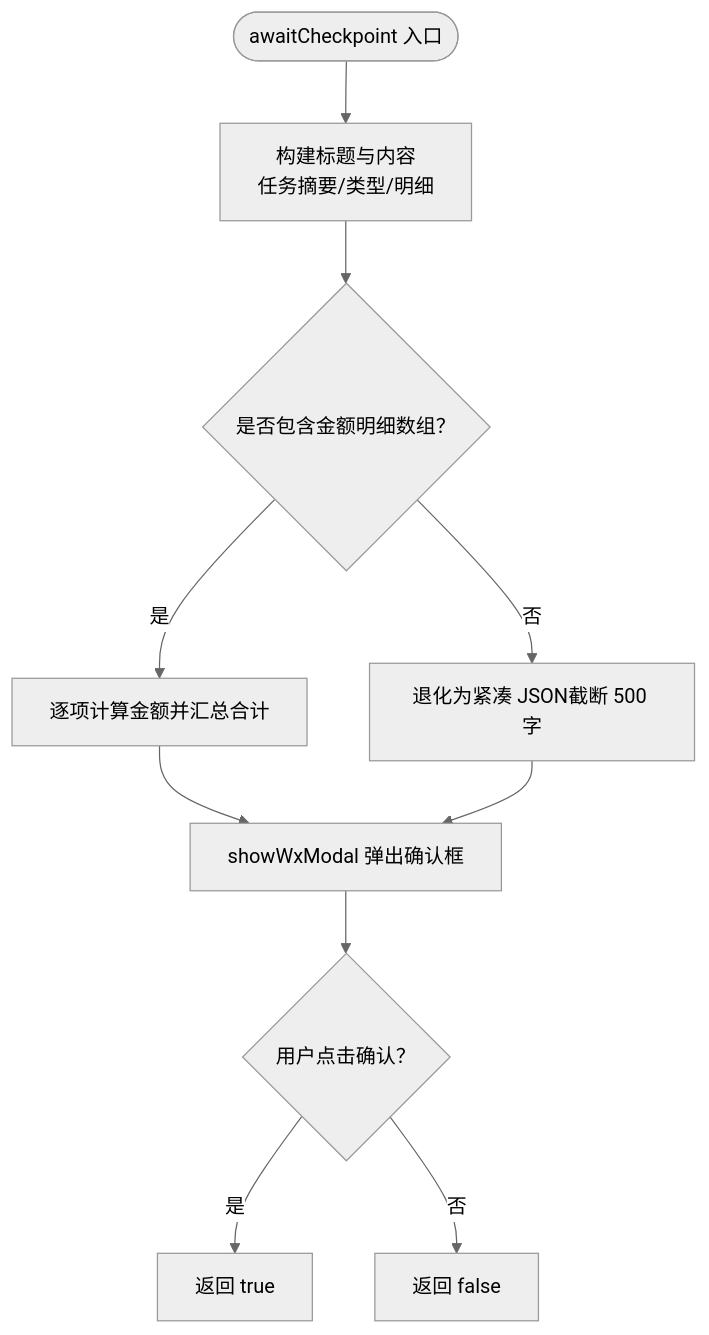
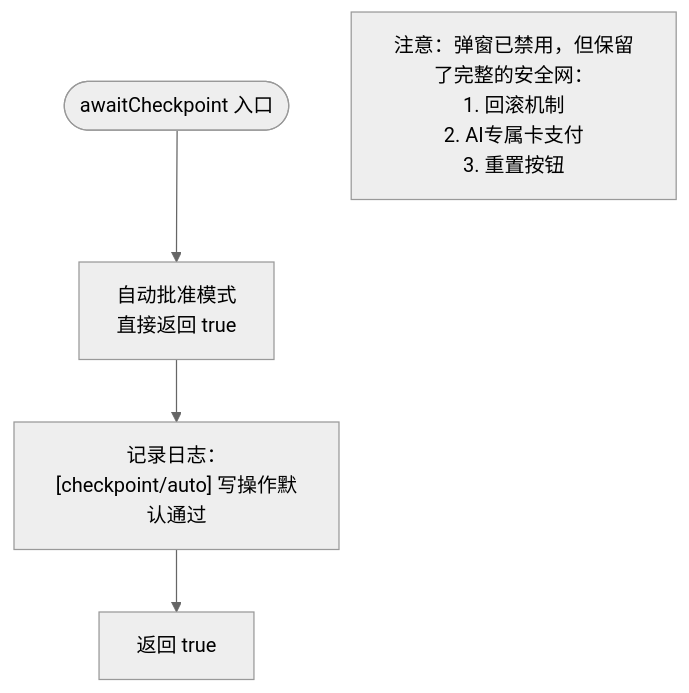
One commit to Ichi-Hackton/WAIC-WeChat-MiniProgram changed the third of 6 diagrams in .qoder/repowiki/zh/content/用户界面/交互层设计/检查点确认机制.md. Above: the diagram before and after it, drawn with Mermaid (neutral theme). The commit also changed other lines of this file and 33 other files, not shown here.

````diff
--- a/.qoder/repowiki/zh/content/用户界面/交互层设计/检查点确认机制.md
+++ b/.qoder/repowiki/zh/content/用户界面/交互层设计/检查点确认机制.md
@@ -174,12 +213,7 @@
 ```mermaid
 flowchart TD
-Start(["awaitCheckpoint 入口"]) --> BuildLines["构建标题与内容<br/>任务摘要/类型/明细"]
-BuildLines --> DetectAmount{"是否包含金额明细数组？"}
-DetectAmount --> |是| FormatItems["逐项计算金额并汇总合计"]
-DetectAmount --> |否| FallbackJSON["退化为紧凑 JSON截断 500 字"]
-FormatItems --> ShowModal["showWxModal 弹出确认框"]
-FallbackJSON --> ShowModal
-ShowModal --> Result{"用户点击确认？"}
-Result --> |是| ReturnTrue["返回 true"]
-Result --> |否| ReturnFalse["返回 false"]
+Start(["awaitCheckpoint 入口"]) --> AutoApprove["自动批准模式<br/>直接返回 true"]
+AutoApprove --> LogInfo["记录日志：[checkpoint/auto] 写操作默认通过"]
+LogInfo --> ReturnTrue["返回 true"]
+Note["注意：弹窗已禁用，但保留了完整的安全网：<br/>1. 回滚机制<br/>2. AI专属卡支付<br/>3. 重置按钮"]
 ```
````
